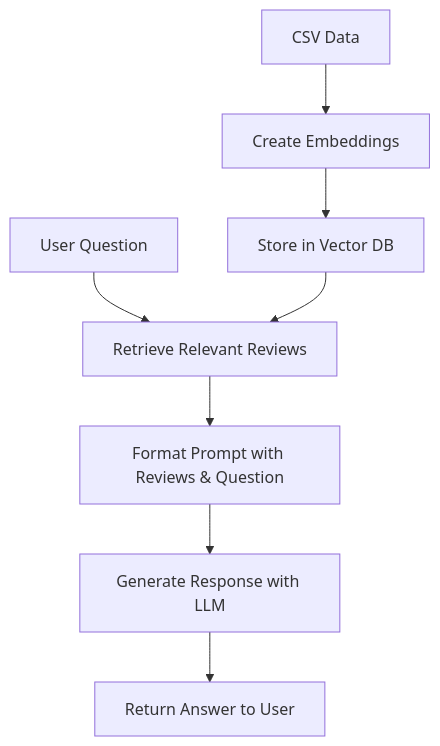
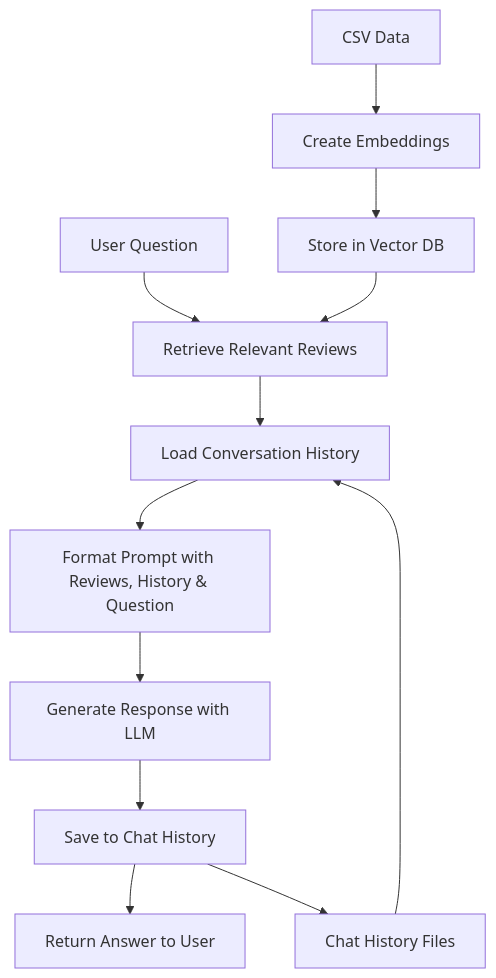
The diagram in README.md (swoyamsss/Naruto-qa-agent), drawn with Mermaid before and after one commit. The commit also changed other lines of this file and 3 other files, not shown here.

````diff
--- a/README.md
+++ b/README.md
@@ -75,11 +92,16 @@
 ```mermaid
 graph TD
     A[User Question] --> B[Retrieve Relevant Reviews]
-    B --> C[Format Prompt with Reviews & Question]
-    C --> D[Generate Response with LLM]
-    D --> E[Return Answer to User]
+    B --> C[Load Conversation History]
+    C --> D[Format Prompt with Reviews, History & Question]
+    D --> E[Generate Response with LLM]
+    E --> F[Save to Chat History]
+    F --> G[Return Answer to User]
 
-    F[CSV Data] --> G[Create Embeddings]
-    G --> H[Store in Vector DB]
-    H --> B
+    H[CSV Data] --> I[Create Embeddings]
+    I --> J[Store in Vector DB]
+    J --> B
+
+    K[Chat History Files] --> C
+    F --> K
 ```
````
